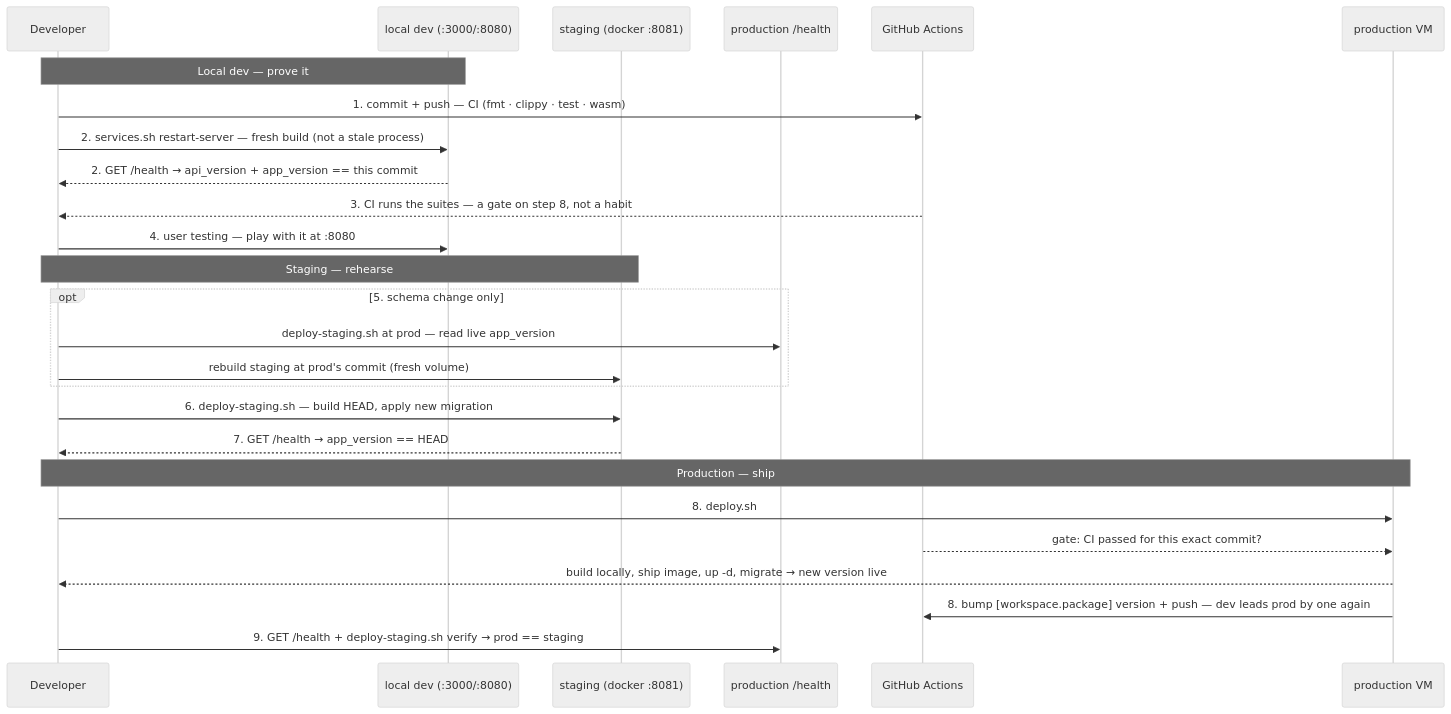
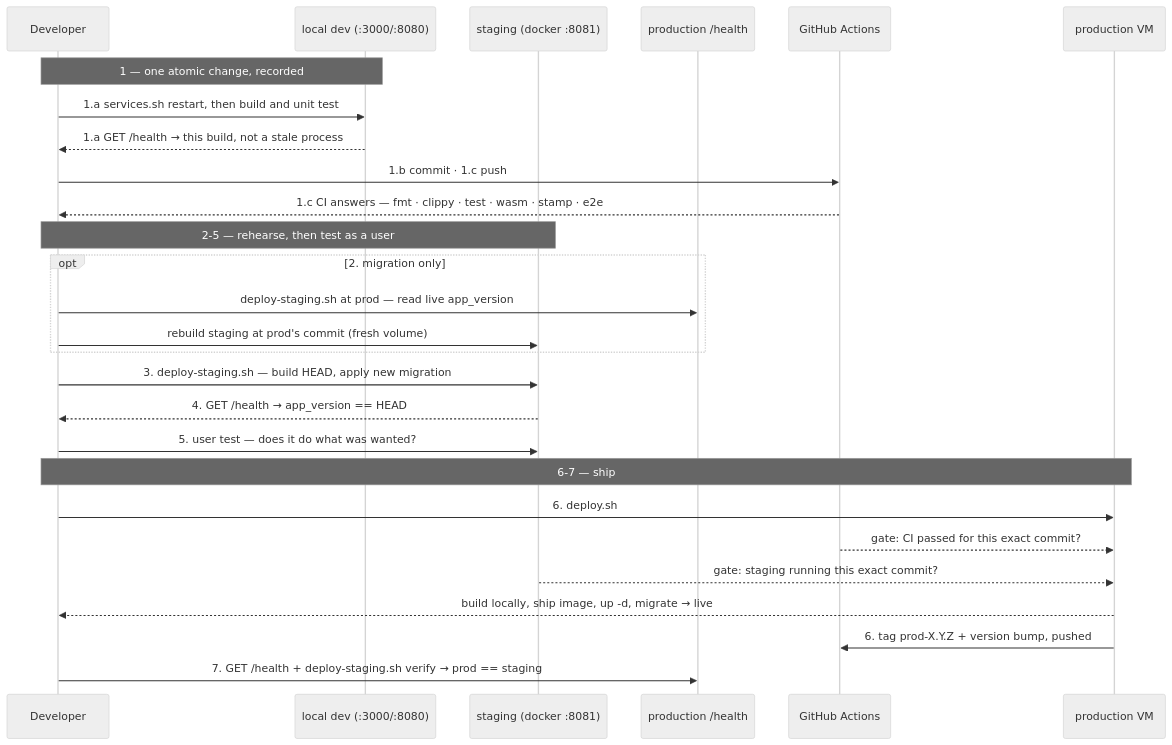
The diagram in docs/3.3-testing-ci-and-release.md (SteveStyle/scrabble-px), drawn with Mermaid (neutral theme) before and after one commit. The commit also changed other lines of this file and 5 other files, not shown here.

First line of the commit message:
app 0.4.14 api 2.6: make step 1 one atomic change, and user-test on staging

````diff
--- a/docs/3.3-testing-ci-and-release.md
+++ b/docs/3.3-testing-ci-and-release.md
@@ -345,29 +381,30 @@
 ```mermaid
 sequenceDiagram
     participant Dev as Developer
     participant Loc as local dev (:3000/:8080)
     participant Stg as staging (docker :8081)
     participant Prod as production /health
     participant GH as GitHub Actions
     participant VM as production VM
 
-    Note over Dev,Loc: Local dev — prove it
-    Dev->>GH: 1. commit + push — CI (fmt · clippy · test · wasm)
-    Dev->>Loc: 2. services.sh restart-server — fresh build (not a stale process)
-    Loc-->>Dev: 2. GET /health → api_version + app_version == this commit
-    GH-->>Dev: 3. CI runs the suites — a gate on step 8, not a habit
-    Dev->>Loc: 4. user testing — play with it at :8080
-    Note over Dev,Stg: Staging — rehearse
-    opt 5. schema change only
+    Note over Dev,Loc: 1 — one atomic change, recorded
+    Dev->>Loc: 1.a services.sh restart, then build and unit test
+    Loc-->>Dev: 1.a GET /health → this build, not a stale process
+    Dev->>GH: 1.b commit · 1.c push
+    GH-->>Dev: 1.c CI answers — fmt · clippy · test · wasm · stamp · e2e
+    Note over Dev,Stg: 2-5 — rehearse, then test as a user
+    opt 2. migration only
         Dev->>Prod: deploy-staging.sh at prod — read live app_version
         Dev->>Stg: rebuild staging at prod's commit (fresh volume)
     end
-    Dev->>Stg: 6. deploy-staging.sh — build HEAD, apply new migration
-    Stg-->>Dev: 7. GET /health → app_version == HEAD
-    Note over Dev,VM: Production — ship
-    Dev->>VM: 8. deploy.sh
+    Dev->>Stg: 3. deploy-staging.sh — build HEAD, apply new migration
+    Stg-->>Dev: 4. GET /health → app_version == HEAD
+    Dev->>Stg: 5. user test — does it do what was wanted?
+    Note over Dev,VM: 6-7 — ship
+    Dev->>VM: 6. deploy.sh
     GH-->>VM: gate: CI passed for this exact commit?
-    VM-->>Dev: build locally, ship image, up -d, migrate → new version live
-    VM->>GH: 8. bump [workspace.package] version + push — dev leads prod by one again
-    Dev->>Prod: 9. GET /health + deploy-staging.sh verify → prod == staging
+    Stg-->>VM: gate: staging running this exact commit?
+    VM-->>Dev: build locally, ship image, up -d, migrate → live
+    VM->>GH: 6. tag prod-X.Y.Z + version bump, pushed
+    Dev->>Prod: 7. GET /health + deploy-staging.sh verify → prod == staging
 ```
````
